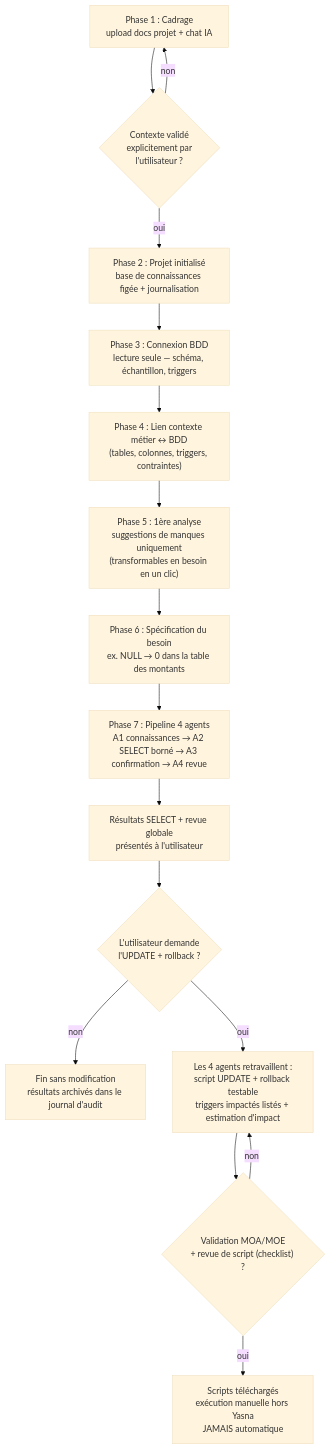
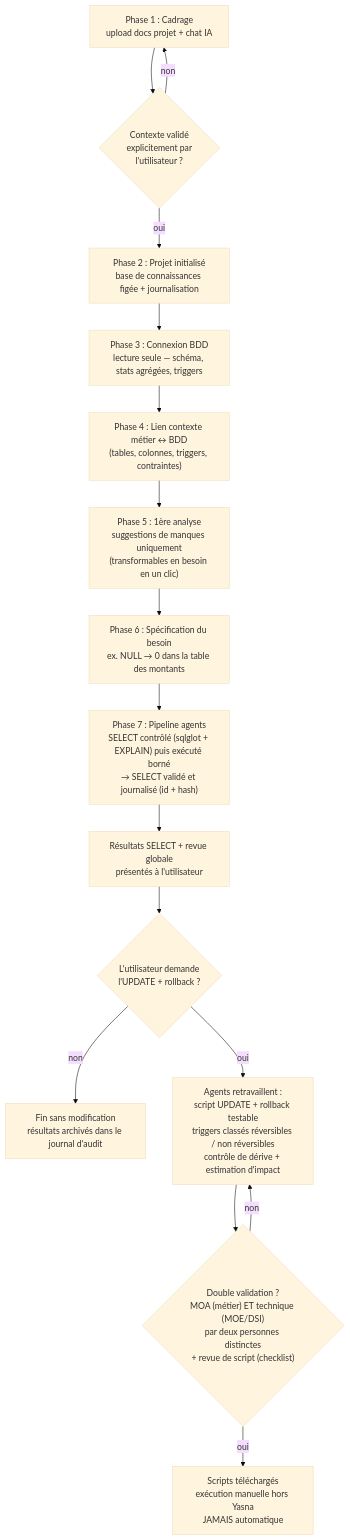
Before and after one commit to Choori279/Yasna: the fifth of 5 diagrams in Yasna_Schemas_Parcours.md, drawn with Mermaid (base theme). The commit also changed other lines of this file, not shown here.

Commit message:
docs: Schémas v1.1 — machine à états, double validation MOA + technique, minimisation des données envoyées au LLM, arrêt d'urgence, reverse proxy/OIDC, API externe par défaut (P1, P3, P4, P13, P15, P20)

````diff
--- a/Yasna_Schemas_Parcours.md
+++ b/Yasna_Schemas_Parcours.md
@@ -159,18 +188,18 @@
 ```mermaid
 flowchart TD
     P1["Phase 1 : Cadrage<br/>upload docs projet + chat IA"] --> D1{"Contexte validé<br/>explicitement par<br/>l'utilisateur ?"}
     D1 -- non --> P1
     D1 -- oui --> P2["Phase 2 : Projet initialisé<br/>base de connaissances figée + journalisation"]
-    P2 --> P3["Phase 3 : Connexion BDD<br/>lecture seule — schéma, échantillon, triggers"]
+    P2 --> P3["Phase 3 : Connexion BDD<br/>lecture seule — schéma, stats agrégées, triggers"]
     P3 --> P4["Phase 4 : Lien contexte métier ↔ BDD<br/>(tables, colonnes, triggers, contraintes)"]
     P4 --> P5["Phase 5 : 1ère analyse<br/>suggestions de manques uniquement<br/>(transformables en besoin en un clic)"]
     P5 --> P6["Phase 6 : Spécification du besoin<br/>ex. NULL → 0 dans la table des montants"]
-    P6 --> P7["Phase 7 : Pipeline 4 agents<br/>A1 connaissances → A2 SELECT borné → A3 confirmation → A4 revue"]
+    P6 --> P7["Phase 7 : Pipeline agents<br/>SELECT contrôlé (sqlglot + EXPLAIN) puis exécuté borné<br/>→ SELECT validé et journalisé (id + hash)"]
     P7 --> P8["Résultats SELECT + revue globale<br/>présentés à l'utilisateur"]
     P8 --> D2{"L'utilisateur demande<br/>l'UPDATE + rollback ?"}
     D2 -- non --> F1["Fin sans modification<br/>résultats archivés dans le journal d'audit"]
-    D2 -- oui --> P9["Les 4 agents retravaillent :<br/>script UPDATE + rollback testable<br/>triggers impactés listés + estimation d'impact"]
-    P9 --> D3{"Validation MOA/MOE<br/>+ revue de script (checklist) ?"}
+    D2 -- oui --> P9["Agents retravaillent :<br/>script UPDATE + rollback testable<br/>triggers classés réversibles / non réversibles<br/>contrôle de dérive + estimation d'impact"]
+    P9 --> D3{"Double validation ?<br/>MOA (métier) ET technique (MOE/DSI)<br/>par deux personnes distinctes<br/>+ revue de script (checklist)"}
     D3 -- non --> P9
     D3 -- oui --> F2["Scripts téléchargés<br/>exécution manuelle hors Yasna<br/>JAMAIS automatique"]
 ```
````
